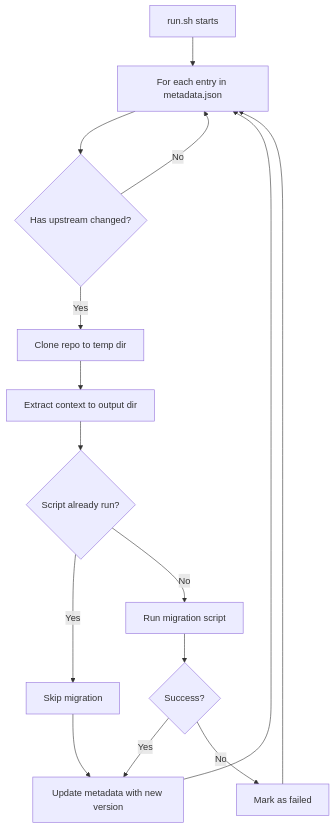
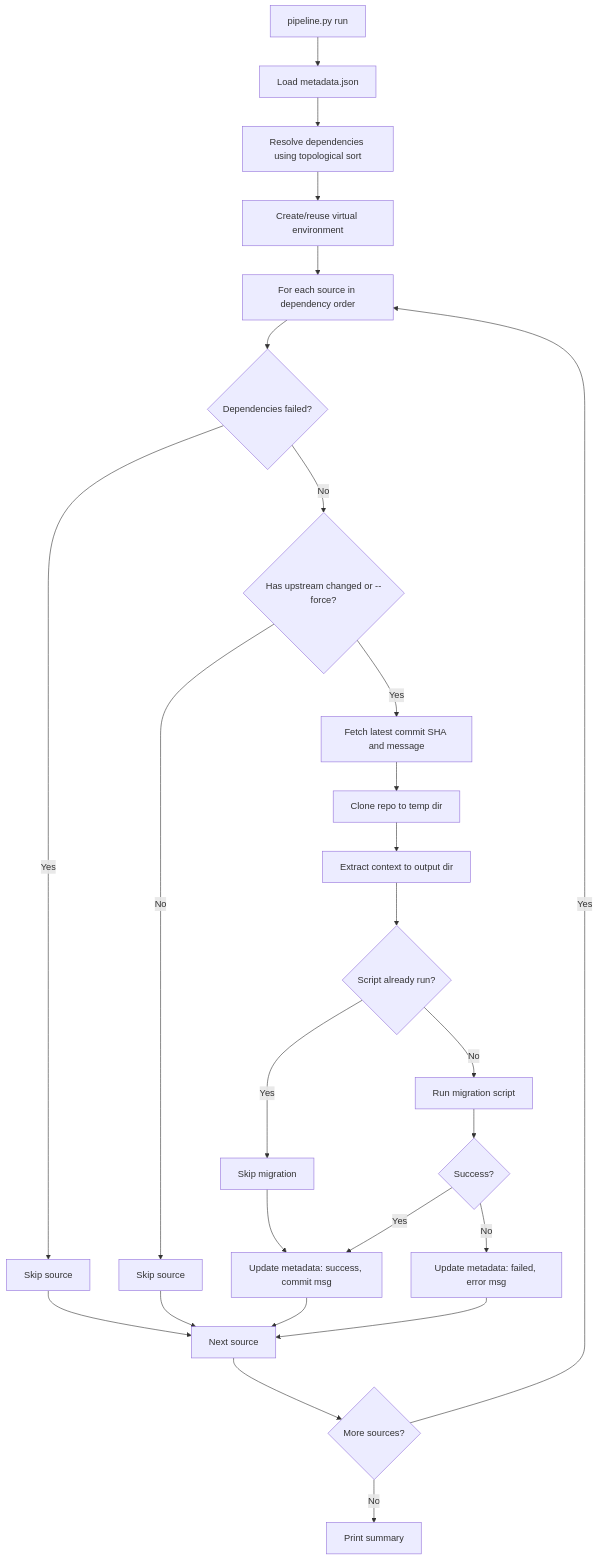
The diagram in tools/data-pipeline/README.md (LukeHollandDev/tcg-decklists), drawn with Mermaid before and after one commit. The commit also changed other lines of this file and 12 other files, not shown here.

````diff
--- a/tools/data-pipeline/README.md
+++ b/tools/data-pipeline/README.md
@@ -109,17 +169,28 @@
 ```mermaid
 flowchart TD
-    A[run.sh starts] --> B[For each entry in metadata.json]
-    B --> C{Has upstream changed?}
-    C -->|No| B
-    C -->|Yes| D[Clone repo to temp dir]
-    D --> E[Extract context to output dir]
-    E --> F{Script already run?}
-    F -->|Yes| G[Skip migration]
-    F -->|No| H[Run migration script]
-    H --> I{Success?}
-    I -->|Yes| J[Update metadata with new version]
-    I -->|No| K[Mark as failed]
-    J --> B
-    G --> J
-    K --> B
+    A[pipeline.py run] --> B[Load metadata.json]
+    B --> C[Resolve dependencies using topological sort]
+    C --> D[Create/reuse virtual environment]
+    D --> E[For each source in dependency order]
+    E --> F{Dependencies failed?}
+    F -->|Yes| G[Skip source]
+    F -->|No| H{Has upstream changed or --force?}
+    H -->|No| I[Skip source]
+    H -->|Yes| J[Fetch latest commit SHA and message]
+    J --> K[Clone repo to temp dir]
+    K --> L[Extract context to output dir]
+    L --> M{Script already run?}
+    M -->|Yes| N[Skip migration]
+    M -->|No| O[Run migration script]
+    O --> P{Success?}
+    P -->|Yes| Q[Update metadata: success, commit msg]
+    P -->|No| R[Update metadata: failed, error msg]
+    Q --> S[Next source]
+    R --> S
+    N --> Q
+    I --> S
+    G --> S
+    S --> T{More sources?}
+    T -->|Yes| E
+    T -->|No| U[Print summary]
 ```
````
